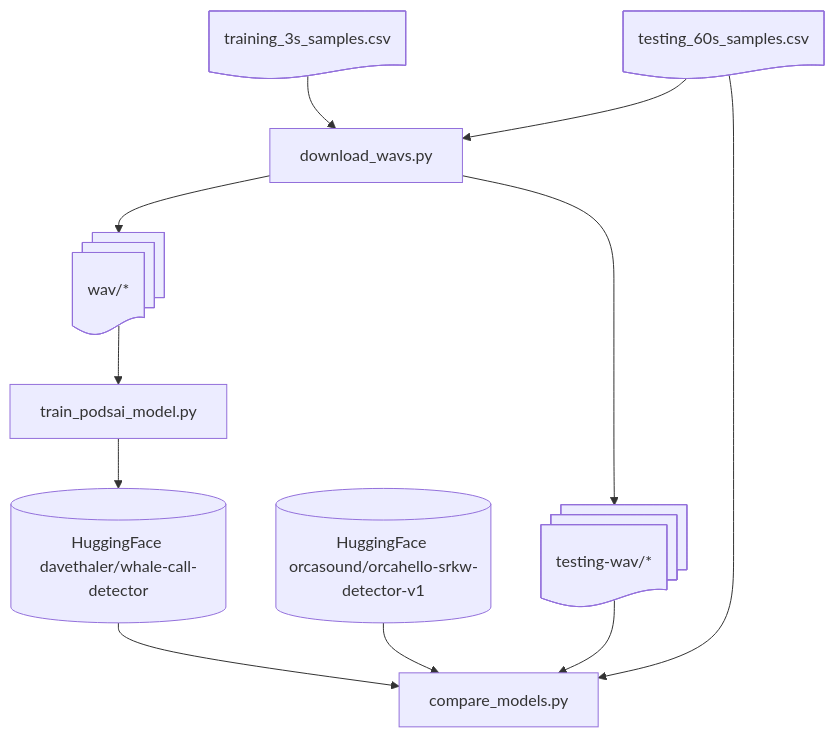
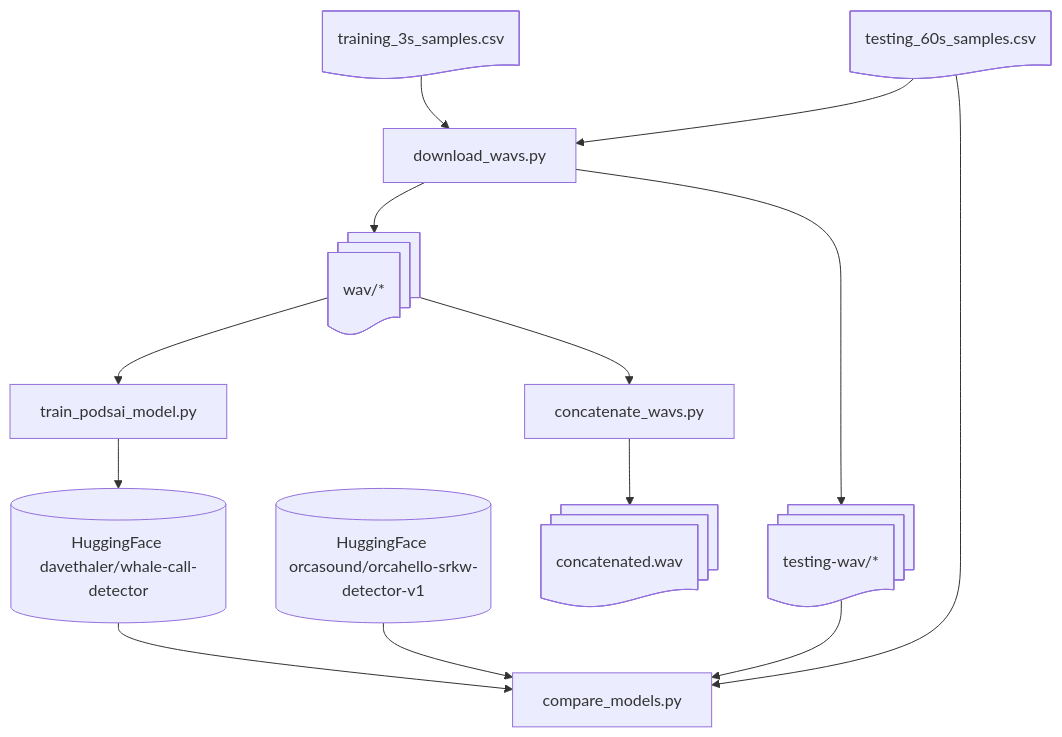
Before and after one commit to aibatchelor22/pods-ai: the diagram in README.md, drawn with Mermaid. The commit also changed 3 other files, not shown here.

````diff
--- a/README.md
+++ b/README.md
@@ -24,23 +24,27 @@
 ```mermaid
 flowchart TD;
     podsaiModel[(HuggingFace davethaler/whale-call-detector)];
     orcaHelloModel[(HuggingFace orcasound/orcahello-srkw-detector-v1)];
     trainingSamples@{ shape: doc, label: "training_3s_samples.csv" };
     testingSamples@{ shape: doc, label: "testing_60s_samples.csv" };
     wav@{ shape: docs, label: "wav/*" };
     testingWav@{ shape: docs, label: "testing-wav/*" };
+    concatenated@{ shape: docs, label: "concatenated.wav" };
 
     downloadWavs@{ shape: rect, label: "download_wavs.py" };
     trainPodsaiModel@{ shape: rect, label: "train_podsai_model.py" };
     compareModels@{ shape: rect, label: "compare_models.py" };
+    concatenateWavs@{ shape: rect, label: "concatenate_wavs.py" };
 
     trainingSamples-->downloadWavs-->wav;
     testingSamples-->downloadWavs-->testingWav;
 
     wav-->trainPodsaiModel-->podsaiModel;
 
     podsaiModel-->compareModels;
     testingSamples-->compareModels;
     testingWav-->compareModels;
     orcaHelloModel-->compareModels;
+
+    wav-->concatenateWavs-->concatenated;
 ```
````
